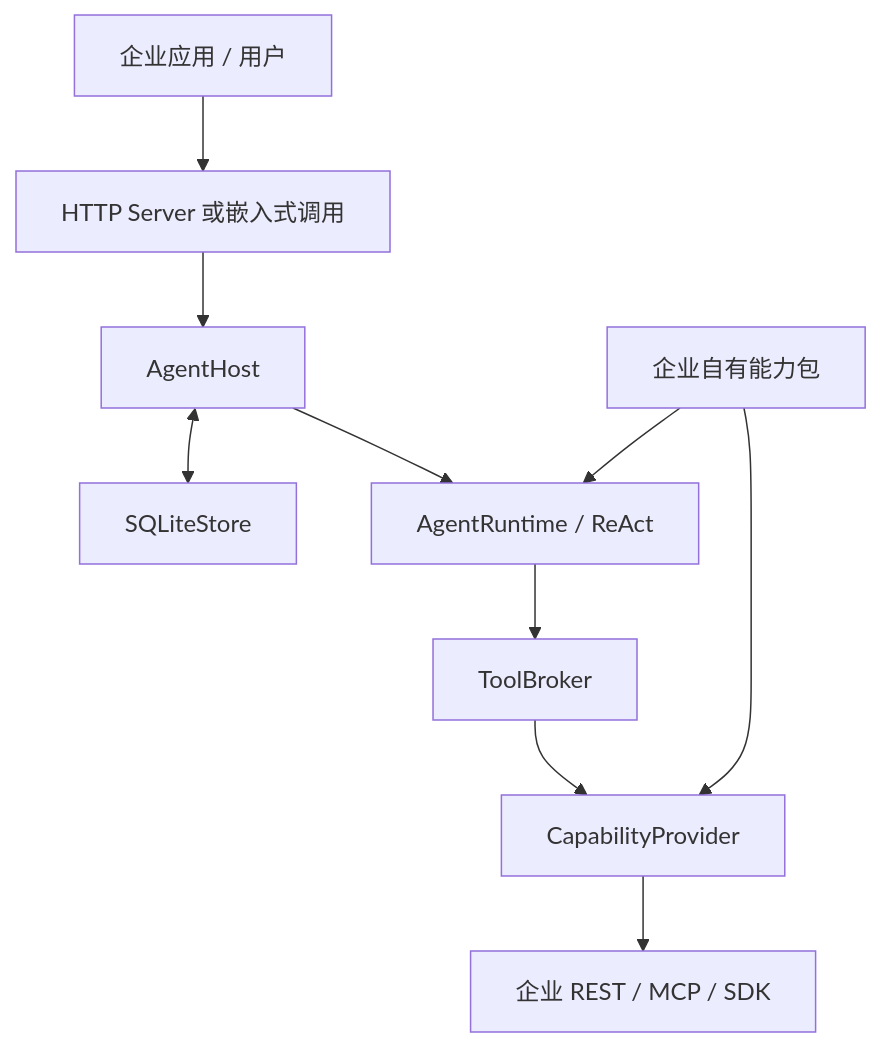
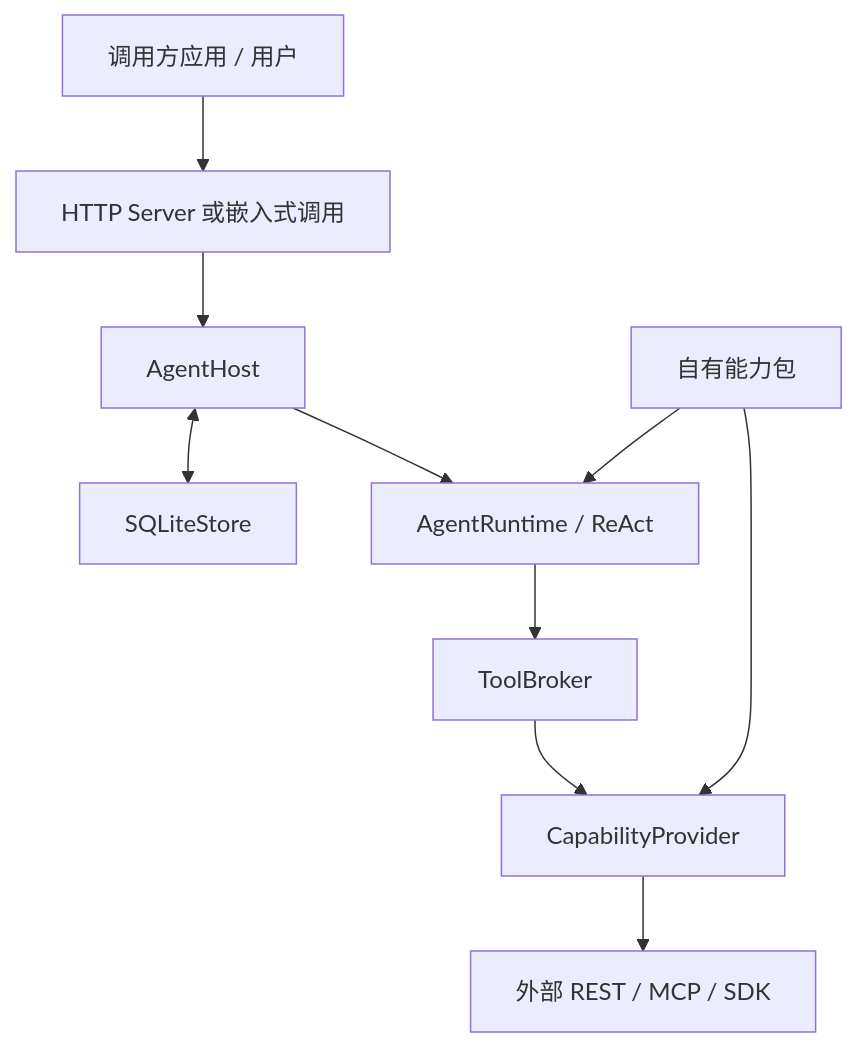
One commit to KHG420/agenstra changed the first of 2 diagrams in docs/architecture.md. Above: the diagram before and after it, drawn with Mermaid. The commit also changed other lines of this file and 36 other files, not shown here.

````diff
--- a/docs/architecture.md
+++ b/docs/architecture.md
@@ -7,12 +7,12 @@
 ```mermaid
 flowchart TB
-    App[企业应用 / 用户] --> API[HTTP Server 或嵌入式调用]
+    App[调用方应用 / 用户] --> API[HTTP Server 或嵌入式调用]
     API --> Host[AgentHost]
     Host --> Runtime[AgentRuntime / ReAct]
     Runtime --> Broker[ToolBroker]
     Broker --> Provider[CapabilityProvider]
-    Provider --> Business[企业 REST / MCP / SDK]
+    Provider --> Services[外部 REST / MCP / SDK]
     Host <--> Store[SQLiteStore]
-    Pack[企业自有能力包] --> Provider
+    Pack[自有能力包] --> Provider
     Pack --> Runtime
 ```
````
